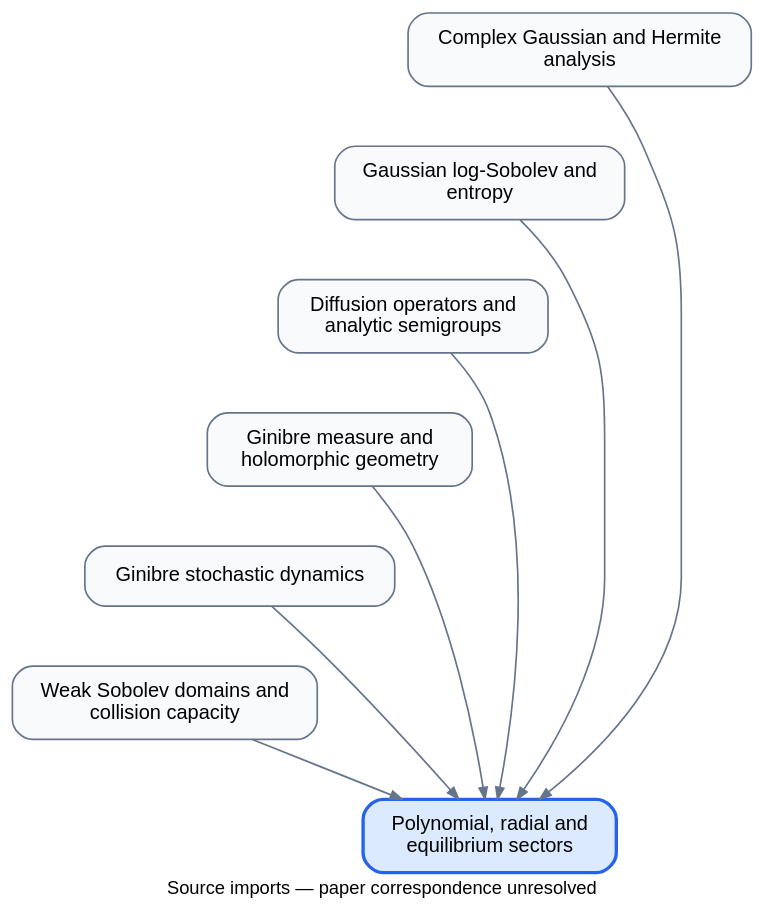
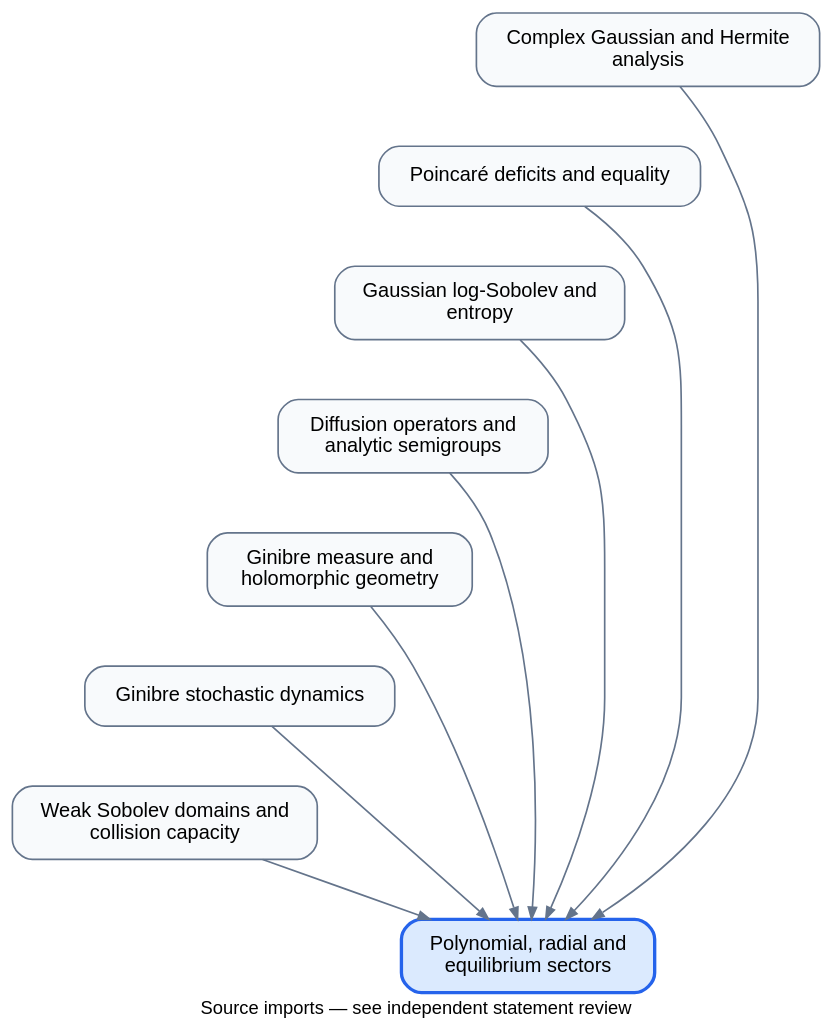
The diagram in diagrams/PolynomialRadial.dot (djalilchafai/ginibre-poincare), drawn with Graphviz before and after one commit. The commit also changed 418 other files, not shown here.

Commit message:
Complete paper correspondence bridges and refresh documentation

```diff
--- a/diagrams/PolynomialRadial.dot
+++ b/diagrams/PolynomialRadial.dot
@@ -1,24 +1,27 @@
 digraph dependencies {
 rankdir=TB;
-graph [bgcolor="transparent", pad="0.3", nodesep="0.3", label="Source imports — paper correspondence unresolved", labelloc=b, fontname="sans-serif", fontsize=11];
+graph [bgcolor="transparent", pad="0.3", nodesep="0.3", label="Source imports — see independent statement review", labelloc=b, fontname="sans-serif", fontsize=11];
 node [shape=box, style="rounded,filled", fillcolor="#f8fafc", color="#64748b", fontname="sans-serif", fontsize=12, margin="0.18,0.12"];
 edge [color="#64748b", arrowsize=0.7];
 ComplexGaussianHermite [label="Complex Gaussian and Hermite\nanalysis"];
+DeficitsEquality [label="Poincaré deficits and equality"];
 GaussianLSI [label="Gaussian log-Sobolev and\nentropy"];
 GeneratorSemigroup [label="Diffusion operators and\nanalytic semigroups"];
 GinibreMeasureGeometry [label="Ginibre measure and\nholomorphic geometry"];
 StochasticDynamics [label="Ginibre stochastic dynamics"];
 WeakSobolev [label="Weak Sobolev domains and\ncollision capacity"];
 PolynomialRadial [label="Polynomial, radial and\nequilibrium sectors", fillcolor="#dbeafe", color="#2563eb", penwidth=2];
 ComplexGaussianHermite -> PolynomialRadial;
+DeficitsEquality -> PolynomialRadial;
 GaussianLSI -> PolynomialRadial;
 GeneratorSemigroup -> PolynomialRadial;
 GinibreMeasureGeometry -> PolynomialRadial;
 StochasticDynamics -> PolynomialRadial;
 WeakSobolev -> PolynomialRadial;
-ComplexGaussianHermite -> GaussianLSI [style=invis];
+ComplexGaussianHermite -> DeficitsEquality [style=invis];
+DeficitsEquality -> GaussianLSI [style=invis];
 GaussianLSI -> GeneratorSemigroup [style=invis];
 GeneratorSemigroup -> GinibreMeasureGeometry [style=invis];
 GinibreMeasureGeometry -> StochasticDynamics [style=invis];
 StochasticDynamics -> WeakSobolev [style=invis];
 }
```
